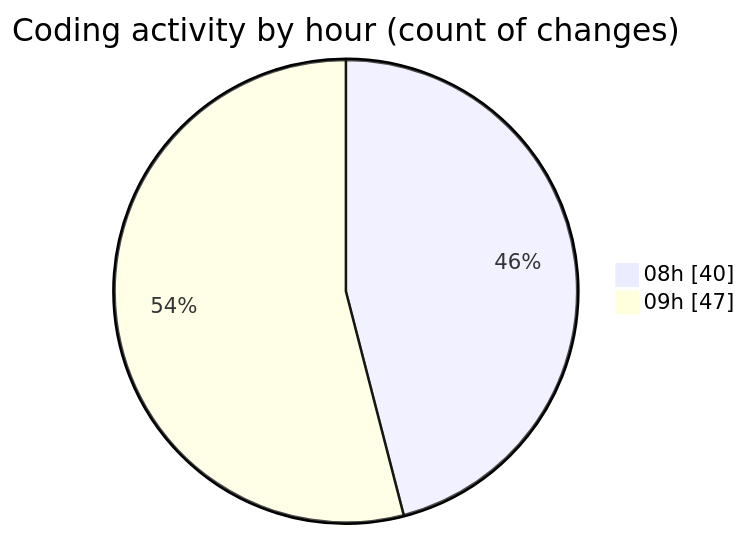
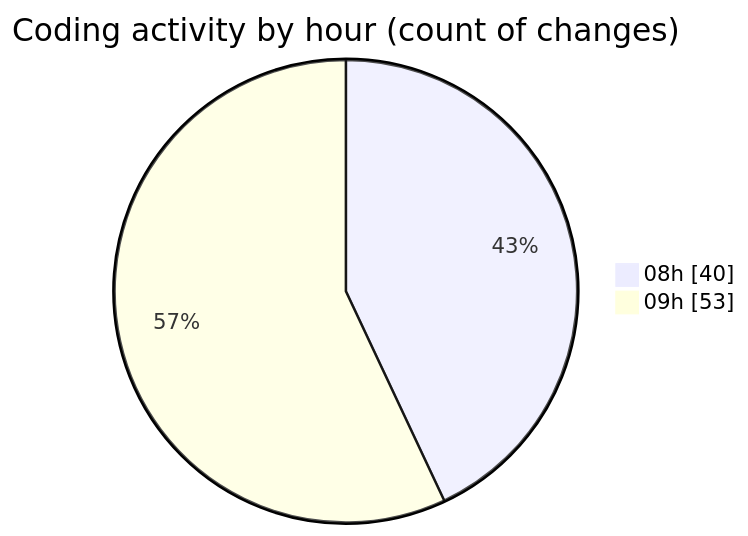
Before and after one commit to robertbonfada/code-tracking: the second of 2 diagrams in 2025-01-27/mbc-web/README.md, drawn with Mermaid. The commit also changed other lines of this file and 1 other file, not shown here.

````diff
--- a/2025-01-27/mbc-web/README.md
+++ b/2025-01-27/mbc-web/README.md
@@ -44,6 +45,6 @@
 ```mermaid
 pie showData
 title Coding activity by hour (count of changes)
 "08h" : 40
-"09h" : 47
+"09h" : 53
 ```
````
